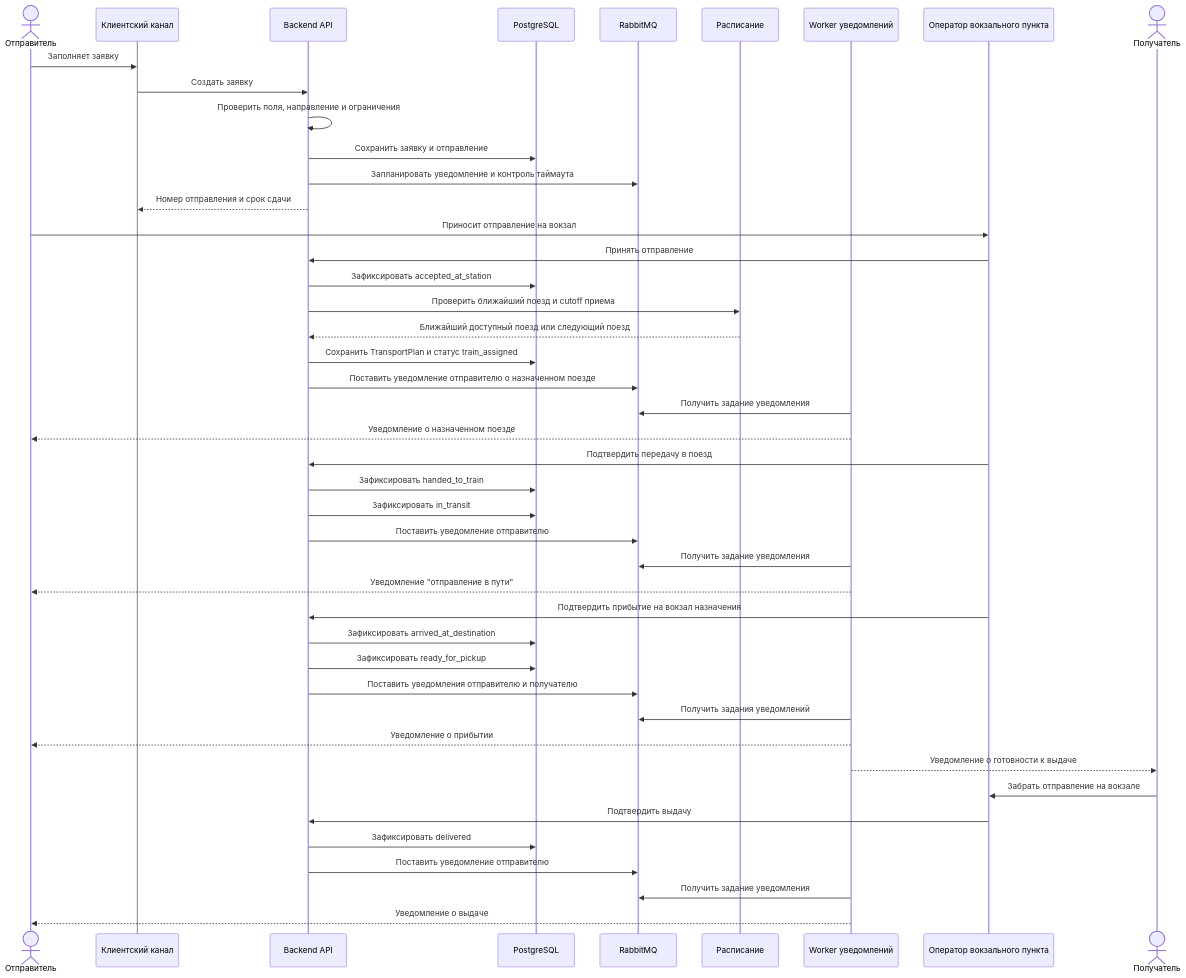
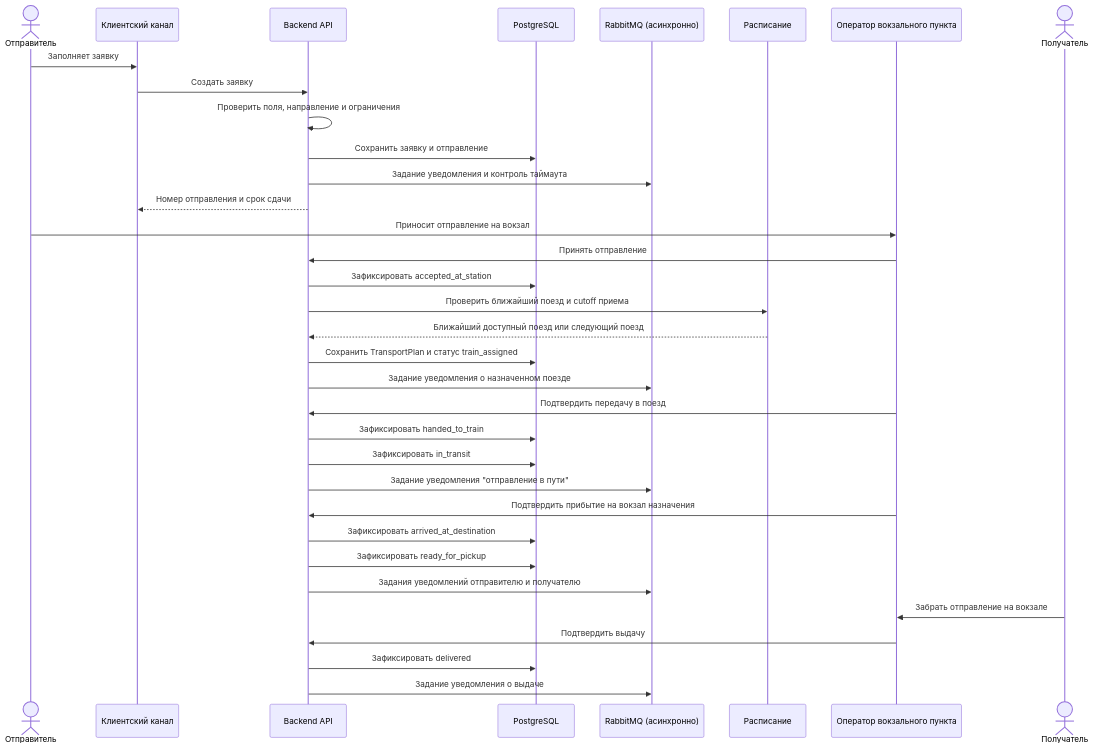
Before and after one commit to W1zzK1/Plan-dissertation: the first of 3 diagrams in 06-сценарии-и-потоки.md, drawn with Mermaid. The commit also changed other lines of this file and 3 other files, not shown here.

````diff
--- a/06-сценарии-и-потоки.md
+++ b/06-сценарии-и-потоки.md
@@ -5,49 +5,39 @@
 ```mermaid
 sequenceDiagram
     actor Sender as Отправитель
     participant Client as Клиентский канал
     participant API as Backend API
     participant DB as PostgreSQL
-    participant Queue as RabbitMQ
+    participant Queue as RabbitMQ (асинхронно)
     participant Schedule as Расписание
-    participant NotifyWorker as Worker уведомлений
     participant Operator as Оператор вокзального пункта
     actor Recipient as Получатель
 
     Sender->>Client: Заполняет заявку
     Client->>API: Создать заявку
     API->>API: Проверить поля, направление и ограничения
     API->>DB: Сохранить заявку и отправление
-    API->>Queue: Запланировать уведомление и контроль таймаута
+    API->>Queue: Задание уведомления и контроль таймаута
     API-->>Client: Номер отправления и срок сдачи
 
     Sender->>Operator: Приносит отправление на вокзал
     Operator->>API: Принять отправление
     API->>DB: Зафиксировать accepted_at_station
     API->>Schedule: Проверить ближайший поезд и cutoff приема
     Schedule-->>API: Ближайший доступный поезд или следующий поезд
     API->>DB: Сохранить TransportPlan и статус train_assigned
-    API->>Queue: Поставить уведомление отправителю о назначенном поезде
-    NotifyWorker->>Queue: Получить задание уведомления
-    NotifyWorker-->>Sender: Уведомление о назначенном поезде
+    API->>Queue: Задание уведомления о назначенном поезде
 
     Operator->>API: Подтвердить передачу в поезд
     API->>DB: Зафиксировать handed_to_train
     API->>DB: Зафиксировать in_transit
-    API->>Queue: Поставить уведомление отправителю
-    NotifyWorker->>Queue: Получить задание уведомления
-    NotifyWorker-->>Sender: Уведомление "отправление в пути"
+    API->>Queue: Задание уведомления "отправление в пути"
     Operator->>API: Подтвердить прибытие на вокзал назначения
     API->>DB: Зафиксировать arrived_at_destination
     API->>DB: Зафиксировать ready_for_pickup
-    API->>Queue: Поставить уведомления отправителю и получателю
-    NotifyWorker->>Queue: Получить задания уведомлений
-    NotifyWorker-->>Sender: Уведомление о прибытии
-    NotifyWorker-->>Recipient: Уведомление о готовности к выдаче
+    API->>Queue: Задания уведомлений отправителю и получателю
     Recipient->>Operator: Забрать отправление на вокзале
     Operator->>API: Подтвердить выдачу
     API->>DB: Зафиксировать delivered
-    API->>Queue: Поставить уведомление отправителю
-    NotifyWorker->>Queue: Получить задание уведомления
-    NotifyWorker-->>Sender: Уведомление о выдаче
+    API->>Queue: Задание уведомления о выдаче
 ```
````
